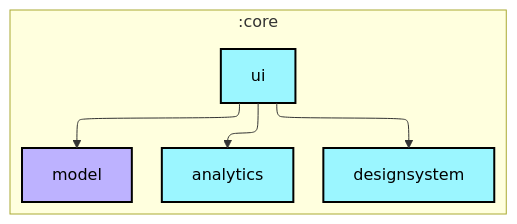
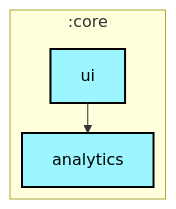
Before and after one commit to weiyuhl/nowinandroidtest: the first of 2 diagrams in core/ui/README.md, drawn with Mermaid. The commit also changed 145 other files, not shown here.

````diff
--- a/core/ui/README.md
+++ b/core/ui/README.md
@@ -6,27 +6,23 @@
 ```mermaid
 ---
 config:
   layout: elk
   elk:
     nodePlacementStrategy: SIMPLE
 ---
 graph TB
   subgraph :core
     direction TB
     :core:analytics[analytics]:::android-library
-    :core:designsystem[designsystem]:::android-library
-    :core:model[model]:::jvm-library
     :core:ui[ui]:::android-library
   end
 
   :core:ui --> :core:analytics
-  :core:ui --> :core:designsystem
-  :core:ui --> :core:model
 
 classDef android-application fill:#CAFFBF,stroke:#000,stroke-width:2px,color:#000;
 classDef android-feature fill:#FFD6A5,stroke:#000,stroke-width:2px,color:#000;
 classDef android-library fill:#9BF6FF,stroke:#000,stroke-width:2px,color:#000;
 classDef android-test fill:#A0C4FF,stroke:#000,stroke-width:2px,color:#000;
 classDef jvm-library fill:#BDB2FF,stroke:#000,stroke-width:2px,color:#000;
 classDef unknown fill:#FFADAD,stroke:#000,stroke-width:2px,color:#000;
 ```
````
